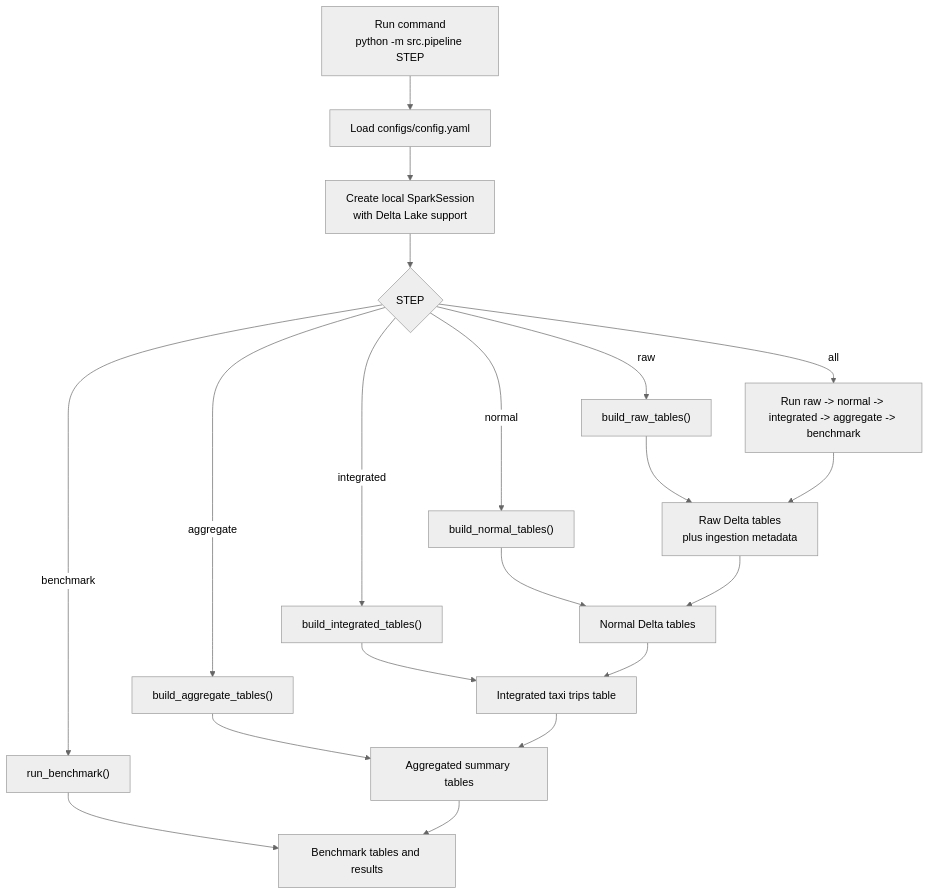
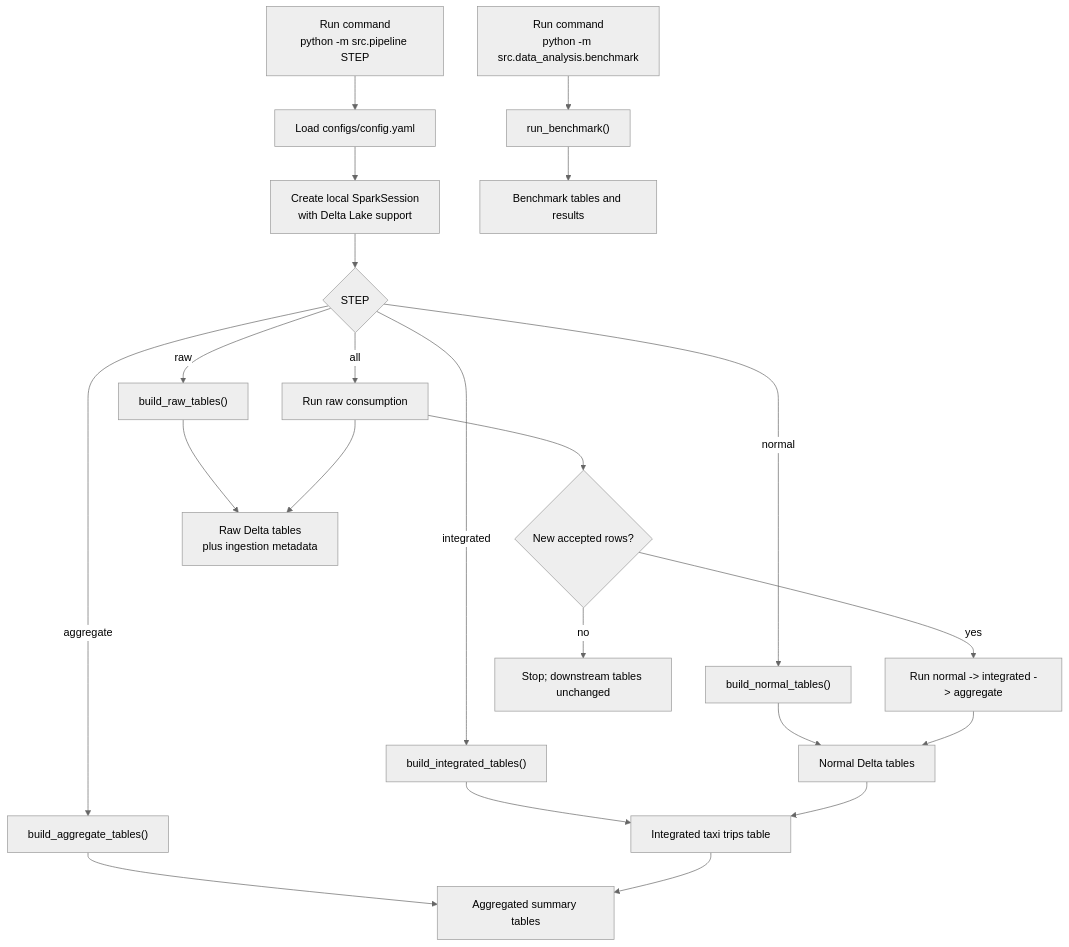
Before and after one commit to zhoubin0216/lakehouse: the second of 2 diagrams in docs/architecture.md, drawn with Mermaid (neutral theme). The commit also changed other lines of this file and 13 other files, not shown here.

````diff
--- a/docs/architecture.md
+++ b/docs/architecture.md
@@ -80,24 +84,27 @@
 ```mermaid
 flowchart TD
     Start["Run command<br/>python -m src.pipeline STEP"] --> LoadConfig["Load configs/config.yaml"]
     LoadConfig --> CreateSpark["Create local SparkSession<br/>with Delta Lake support"]
     CreateSpark --> SelectStep{"STEP"}
 
     SelectStep -->|raw| RawStep["build_raw_tables()"]
     SelectStep -->|normal| NormalStep["build_normal_tables()"]
     SelectStep -->|integrated| IntegratedStep["build_integrated_tables()"]
     SelectStep -->|aggregate| AggregateStep["build_aggregate_tables()"]
-    SelectStep -->|benchmark| BenchmarkStep["run_benchmark()"]
-    SelectStep -->|all| AllSteps["Run raw -> normal -> integrated -> aggregate -> benchmark"]
+    SelectStep -->|all| ConditionalRaw["Run raw consumption"]
+    ConditionalRaw --> NewData{"New accepted rows?"}
+    NewData -->|yes| AllSteps["Run normal -> integrated -> aggregate"]
+    NewData -->|no| Stop["Stop; downstream tables unchanged"]
+
+    BenchmarkStart["Run command<br/>python -m src.data_analysis.benchmark"] --> BenchmarkStep["run_benchmark()"]
 
     RawStep --> RawOutput["Raw Delta tables<br/>plus ingestion metadata"]
     NormalStep --> NormalOutput["Normal Delta tables"]
     IntegratedStep --> IntegratedOutput["Integrated taxi trips table"]
     AggregateStep --> AggregateOutput["Aggregated summary tables"]
     BenchmarkStep --> BenchmarkOutput["Benchmark tables and results"]
-    AllSteps --> RawOutput
-    RawOutput --> NormalOutput
+    ConditionalRaw --> RawOutput
+    AllSteps --> NormalOutput
     NormalOutput --> IntegratedOutput
     IntegratedOutput --> AggregateOutput
-    AggregateOutput --> BenchmarkOutput
 ```
````
